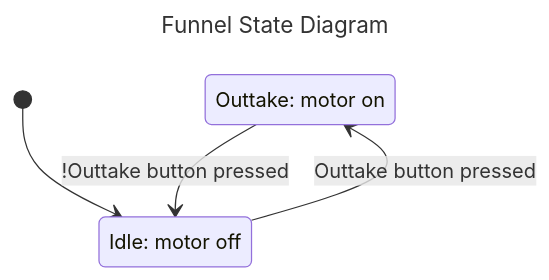
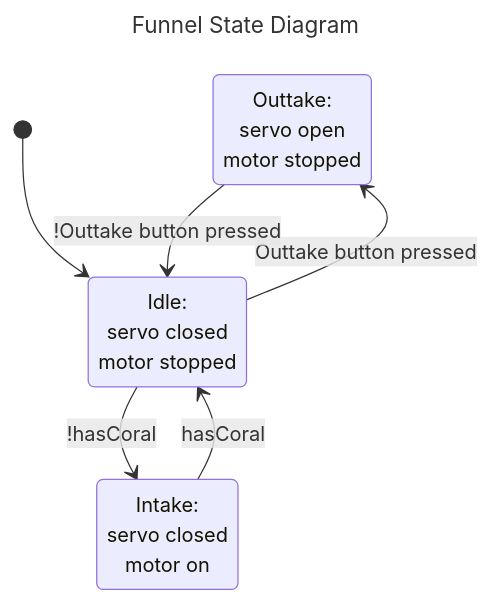
Before and after one commit to Tino-FRC-2473/FRC2025: the diagram in doc/FunnelFSM.md, drawn with Mermaid.

Commit message:
add intake motor to funnel fsm diagram

````diff
--- a/doc/FunnelFSM.md
+++ b/doc/FunnelFSM.md
@@ -3,12 +3,16 @@
 ```mermaid
 ---
 title: Funnel State Diagram
 ---
 stateDiagram-v2
-  state "Outtake: motor on" as OUTTAKE
-  state "Idle: motor off" as IDLE
+  state "Outtake: <p> servo open <p> motor stopped" as OUTTAKE
+  state "Idle: <p> servo closed <p> motor stopped" as IDLE
+  state "Intake: <p> servo closed <p> motor on" as INTAKE
 
   [*] --> IDLE
+  IDLE --> INTAKE: !hasCoral
+  INTAKE --> IDLE: hasCoral
+  
   IDLE --> OUTTAKE: Outtake button pressed
   OUTTAKE --> IDLE: !Outtake button pressed
 ```
````
